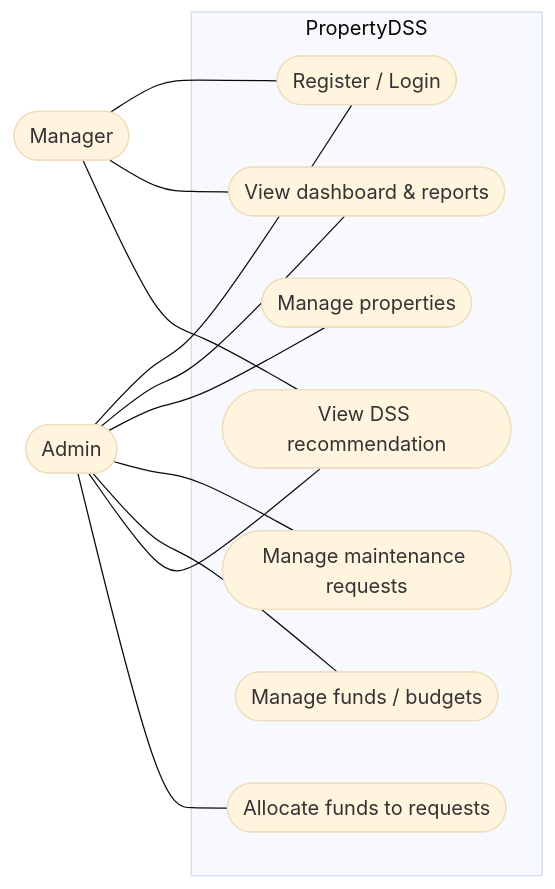
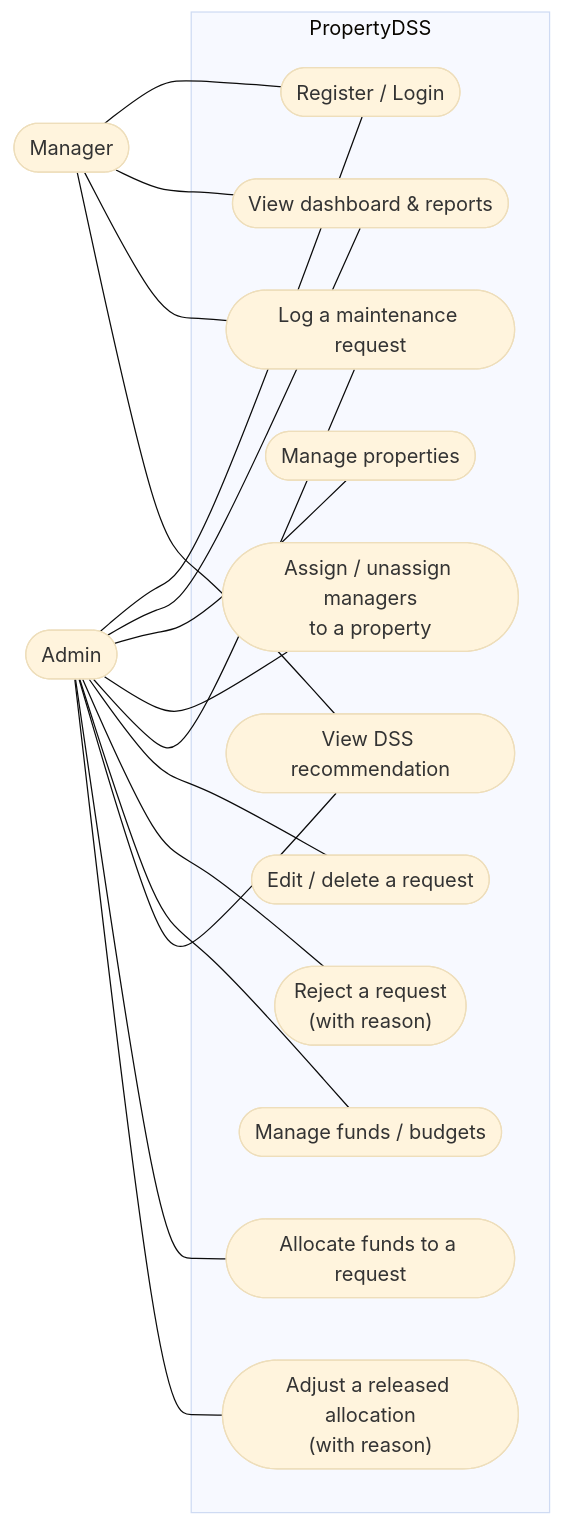
One commit to Eseohenobhen/property-dss changed the second of 10 diagrams in docs/diagrams.md. Above: the diagram before and after it, drawn with Mermaid (base theme). The commit also changed other lines of this file and 19 other files, not shown here.

Commit message:
updated diagrams and images

````diff
--- a/docs/diagrams.md
+++ b/docs/diagrams.md
@@ -43,27 +47,36 @@
 ```mermaid
 graph LR
   Admin([Admin])
   Manager([Manager])
 
   subgraph System["PropertyDSS"]
     UC1(["Register / Login"])
     UC2(["View dashboard & reports"])
     UC3(["Manage properties"])
-    UC4(["Manage maintenance requests"])
+    UC3b(["Assign / unassign managers<br/>to a property"])
+    UC4(["Log a maintenance request"])
+    UC4b(["Edit / delete a request"])
+    UC4c(["Reject a request<br/>(with reason)"])
     UC5(["Manage funds / budgets"])
     UC6(["View DSS recommendation"])
-    UC7(["Allocate funds to requests"])
+    UC7(["Allocate funds to a request"])
+    UC7b(["Adjust a released allocation<br/>(with reason)"])
   end
 
   Admin --- UC1
   Admin --- UC2
   Admin --- UC3
+  Admin --- UC3b
   Admin --- UC4
+  Admin --- UC4b
+  Admin --- UC4c
   Admin --- UC5
   Admin --- UC6
   Admin --- UC7
+  Admin --- UC7b
 
   Manager --- UC1
   Manager --- UC2
+  Manager --- UC4
   Manager --- UC6
 ```
````
